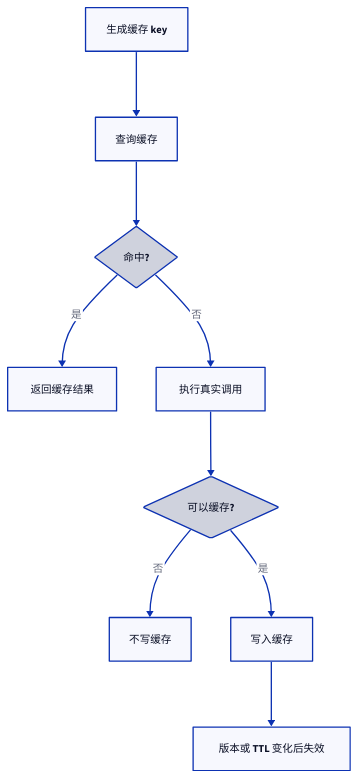
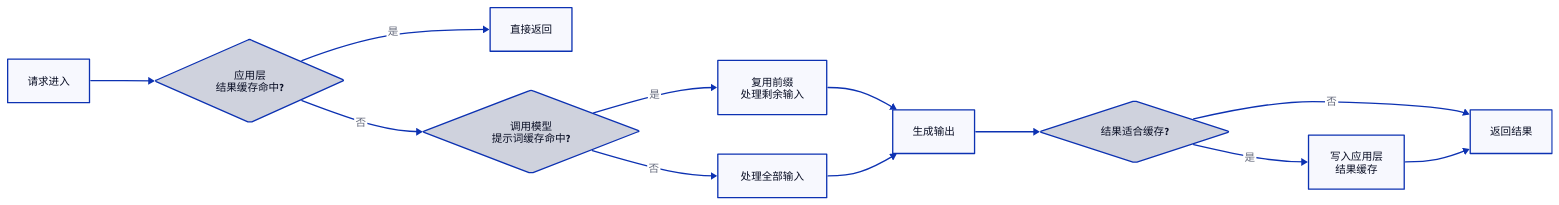
The second of 2 diagrams in apps/docs/ai/Agent/LLM 应用中的缓存设计.md (youngluo/thinking), drawn with D2 before and after one commit. The commit also changed other lines of this file and 7 other files, not shown here.

````diff
--- a/apps/docs/ai/Agent/LLM 应用中的缓存设计.md
+++ b/apps/docs/ai/Agent/LLM 应用中的缓存设计.md
@@ -273,33 +255,35 @@
 ```d2
-direction: down
+direction: right
 
-A: 生成缓存 key
-B: 查询缓存
-C: 命中? {
+A: 请求进入
+B: 应用层\n结果缓存命中? {
   shape: diamond
   class: decision
 }
-D: 返回缓存结果 {
-  class: ok
-}
-E: 执行真实调用
-F: 可以缓存? {
+C: 直接返回
+D: 调用模型\n提示词缓存命中? {
   shape: diamond
   class: decision
 }
-G: 不写缓存 {
-  class: fail
+E: 复用前缀\n处理剩余输入
+F: 处理全部输入
+G: 生成输出
+H: 结果适合缓存? {
+  shape: diamond
+  class: decision
 }
-H: 写入缓存
-I: 版本或 TTL 变化后失效 {
-  class: ok
-}
+I: 写入应用层\n结果缓存
+J: 返回结果
 
-A -> B -> C
-C -> D: 是
-C -> E: 否
-E -> F
-F -> G: 否
-F -> H: 是
-H -> I
+A -> B
+B -> C: 是
+B -> D: 否
+D -> E: 是
+D -> F: 否
+E -> G
+F -> G
+G -> H
+H -> I: 是
+H -> J: 否
+I -> J
 ```
````
